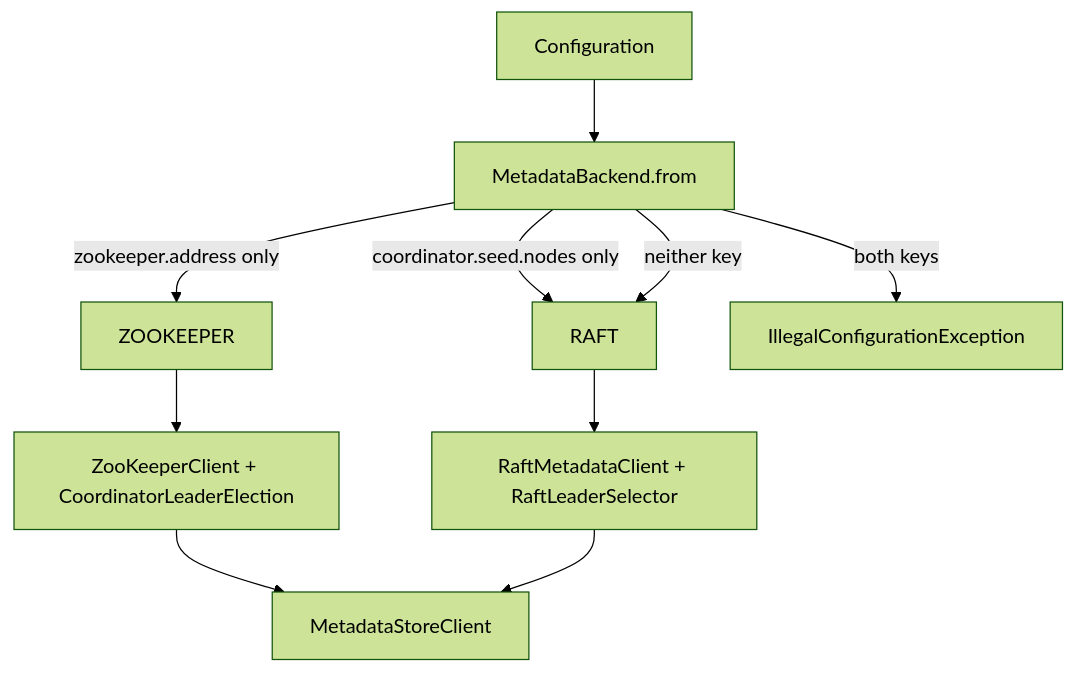
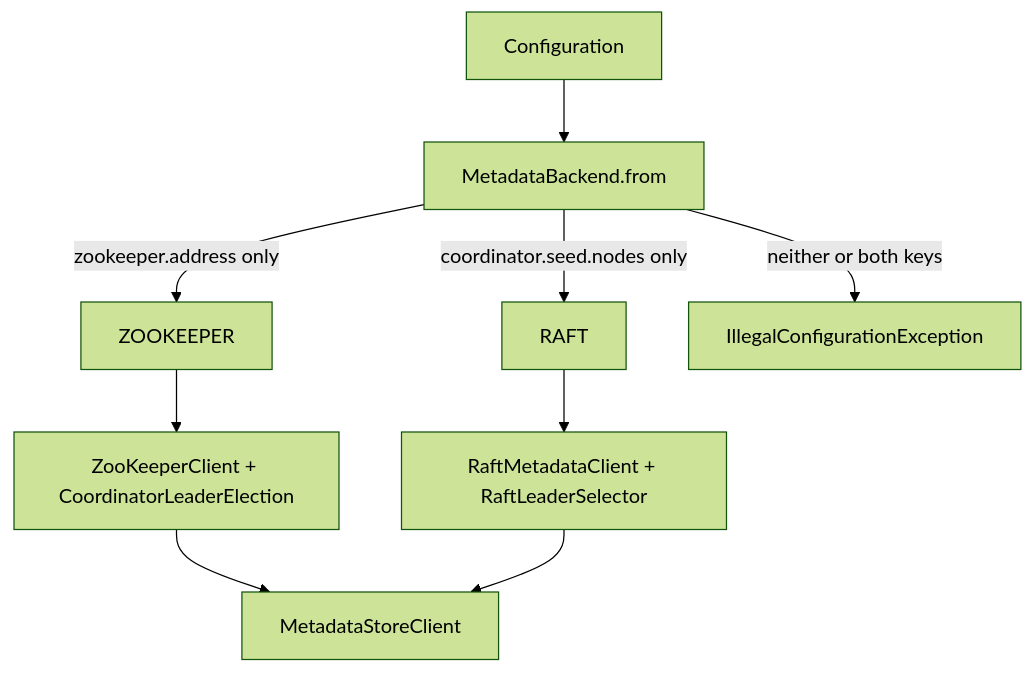
One commit to XuQianJin-Stars/fluss changed the tenth of 15 diagrams in zookeeper-removal-design.md. Above: the diagram before and after it, drawn with Mermaid (forest theme). The commit also changed other lines of this file and 11 other files, not shown here.

````diff
--- a/zookeeper-removal-design.md
+++ b/zookeeper-removal-design.md
@@ -1835,12 +1831,11 @@
 ```mermaid
 flowchart TB
     CFG["Configuration"] --> MB["MetadataBackend.from"]
     MB -->|"zookeeper.address only"| ZK["ZOOKEEPER"]
     MB -->|"coordinator.seed.nodes only"| RAFT["RAFT"]
-    MB -->|"neither key"| RAFT
-    MB -->|"both keys"| ERR["IllegalConfigurationException"]
+    MB -->|"neither or both keys"| ERR["IllegalConfigurationException"]
     ZK --> ZKC["ZooKeeperClient + CoordinatorLeaderElection"]
     RAFT --> RMC["RaftMetadataClient + RaftLeaderSelector"]
     ZKC --> IFACE["MetadataStoreClient"]
     RMC --> IFACE
 ```
````
